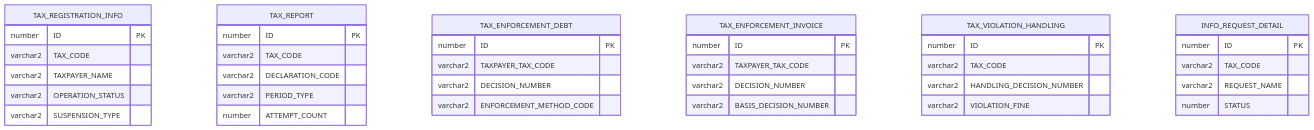
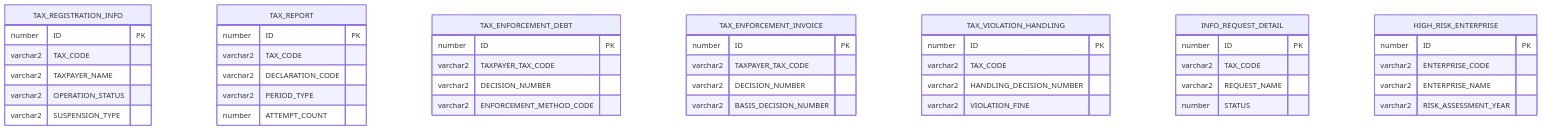
The first of 2 diagrams in DataModel/working/Atomic/hld/KNT_HLD_Tier1.md (linhlvit/ubck_atomic_design), drawn with Mermaid before and after one commit. The commit also changed other lines of this file and 22 other files, not shown here.

````diff
--- a/DataModel/working/Atomic/hld/KNT_HLD_Tier1.md
+++ b/DataModel/working/Atomic/hld/KNT_HLD_Tier1.md
@@ -34,46 +36,53 @@
 ```mermaid
 erDiagram
     TAX_REGISTRATION_INFO {
         number ID PK
         varchar2 TAX_CODE
         varchar2 TAXPAYER_NAME
         varchar2 OPERATION_STATUS
         varchar2 SUSPENSION_TYPE
     }
 
     TAX_REPORT {
         number ID PK
         varchar2 TAX_CODE
         varchar2 DECLARATION_CODE
         varchar2 PERIOD_TYPE
         number ATTEMPT_COUNT
     }
 
     TAX_ENFORCEMENT_DEBT {
         number ID PK
         varchar2 TAXPAYER_TAX_CODE
         varchar2 DECISION_NUMBER
         varchar2 ENFORCEMENT_METHOD_CODE
     }
 
     TAX_ENFORCEMENT_INVOICE {
         number ID PK
         varchar2 TAXPAYER_TAX_CODE
         varchar2 DECISION_NUMBER
         varchar2 BASIS_DECISION_NUMBER
     }
 
     TAX_VIOLATION_HANDLING {
         number ID PK
         varchar2 TAX_CODE
         varchar2 HANDLING_DECISION_NUMBER
         varchar2 VIOLATION_FINE
     }
 
     INFO_REQUEST_DETAIL {
         number ID PK
         varchar2 TAX_CODE
         varchar2 REQUEST_NAME
         number STATUS
     }
+
+    HIGH_RISK_ENTERPRISE {
+        number ID PK
+        varchar2 ENTERPRISE_CODE
+        varchar2 ENTERPRISE_NAME
+        varchar2 RISK_ASSESSMENT_YEAR
+    }
 ```
````
